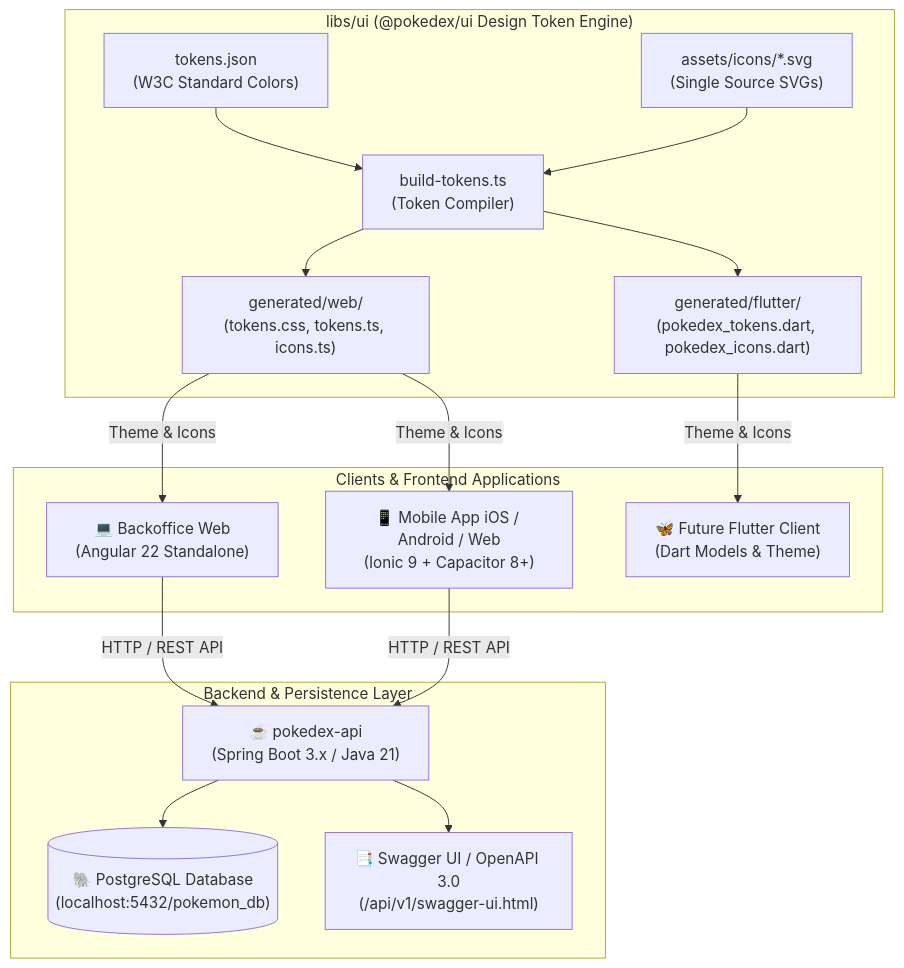
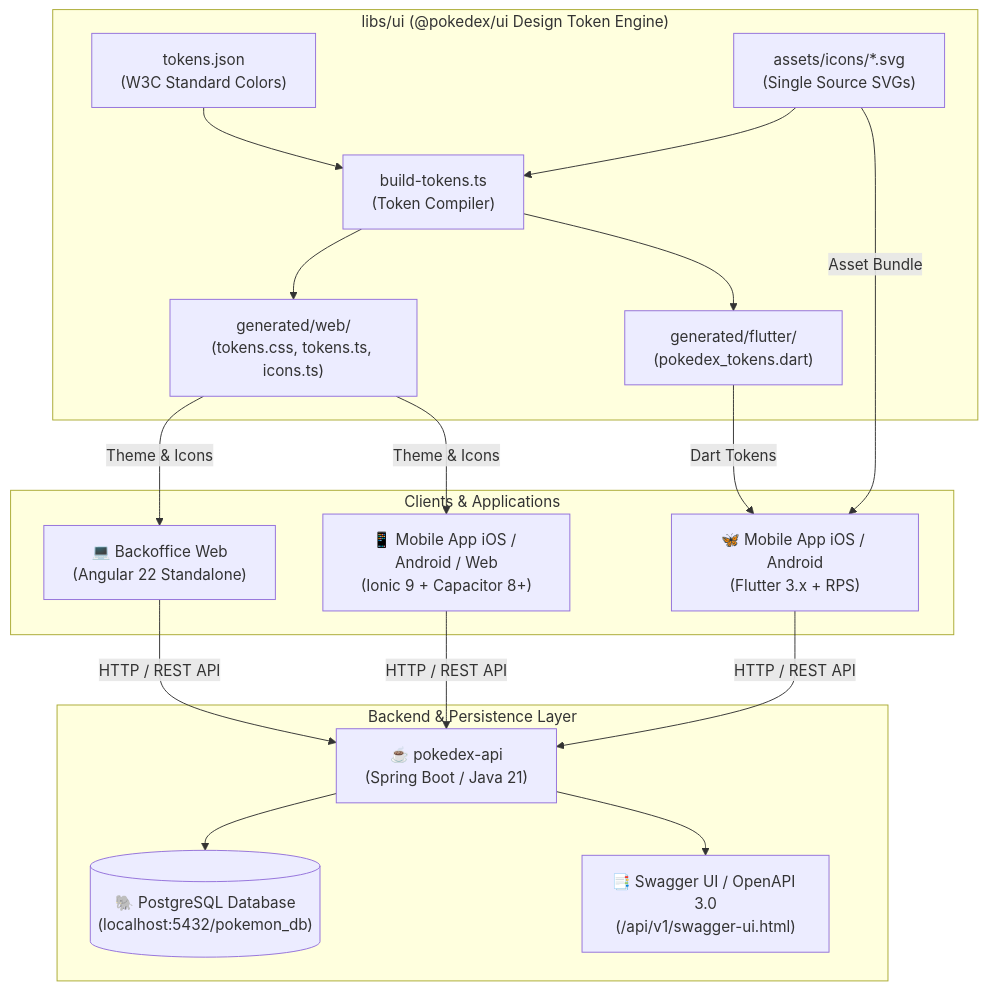
The diagram in README.md (DiegoVilla27/pokedex-system), drawn with Mermaid before and after one commit. The commit also changed other lines of this file and 72 other files, not shown here.

First line of the commit message:
docs(readme): update all workspace readmes with comprehensive rps guide and architecture overviews

````diff
--- a/README.md
+++ b/README.md
@@ -25,35 +35,37 @@
 ```mermaid
 graph TD
-    subgraph Clients [Clients & Frontend Applications]
+    subgraph Clients [Clients & Applications]
         Backoffice["💻 Backoffice Web<br/>(Angular 22 Standalone)"]
         IonicApp["📱 Mobile App iOS / Android / Web<br/>(Ionic 9 + Capacitor 8+)"]
-        FlutterClient["🦋 Future Flutter Client<br/>(Dart Models & Theme)"]
+        FlutterApp["🦋 Mobile App iOS / Android<br/>(Flutter 3.x + RPS)"]
     end
 
     subgraph DesignCore ["libs/ui (@pokedex/ui Design Token Engine)"]
         TokensSource["tokens.json<br/>(W3C Standard Colors)"]
         IconsSource["assets/icons/*.svg<br/>(Single Source SVGs)"]
         BuildScript["build-tokens.ts<br/>(Token Compiler)"]
         
         TokensSource --> BuildScript
         IconsSource --> BuildScript
         BuildScript --> GeneratedWeb["generated/web/<br/>(tokens.css, tokens.ts, icons.ts)"]
-        BuildScript --> GeneratedFlutter["generated/flutter/<br/>(pokedex_tokens.dart, pokedex_icons.dart)"]
+        BuildScript --> GeneratedFlutter["generated/flutter/<br/>(pokedex_tokens.dart)"]
     end
 
     subgraph BackendServices [Backend & Persistence Layer]
-        API["☕ pokedex-api<br/>(Spring Boot 3.x / Java 21)"]
+        API["☕ pokedex-api<br/>(Spring Boot / Java 21)"]
         Postgres[("🐘 PostgreSQL Database<br/>(localhost:5432/pokemon_db)")]
         Swagger["📑 Swagger UI / OpenAPI 3.0<br/>(/api/v1/swagger-ui.html)"]
         
         API --> Postgres
         API --> Swagger
     end
 
     GeneratedWeb -->|Theme & Icons| Backoffice
     GeneratedWeb -->|Theme & Icons| IonicApp
-    GeneratedFlutter -->|Theme & Icons| FlutterClient
+    GeneratedFlutter -->|Dart Tokens| FlutterApp
+    IconsSource -->|Asset Bundle| FlutterApp
 
     Backoffice -->|HTTP / REST API| API
     IonicApp -->|HTTP / REST API| API
+    FlutterApp -->|HTTP / REST API| API
 ```
````
